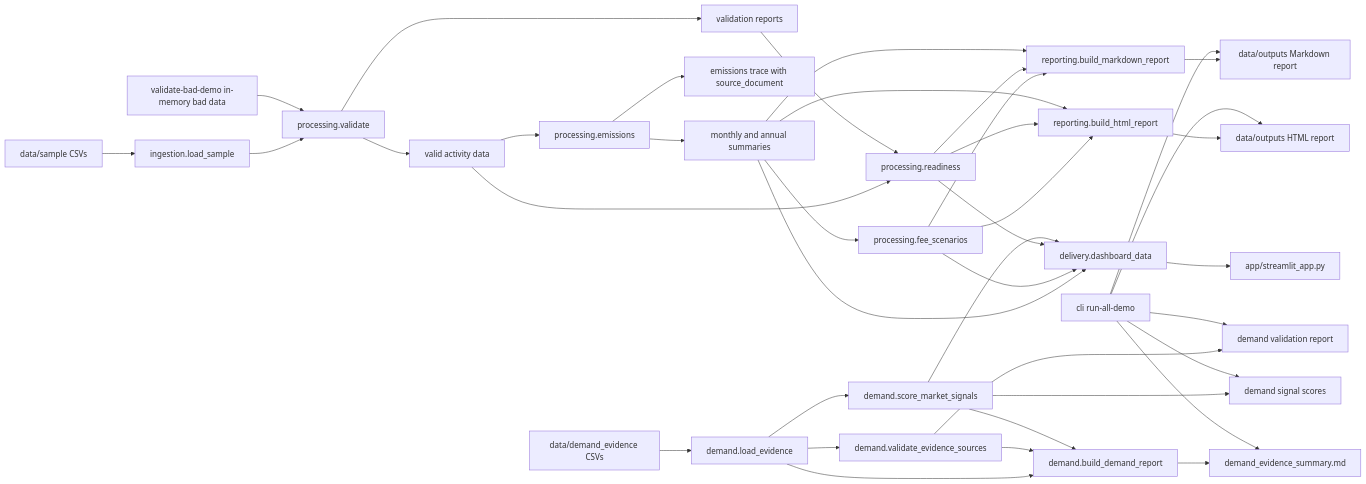
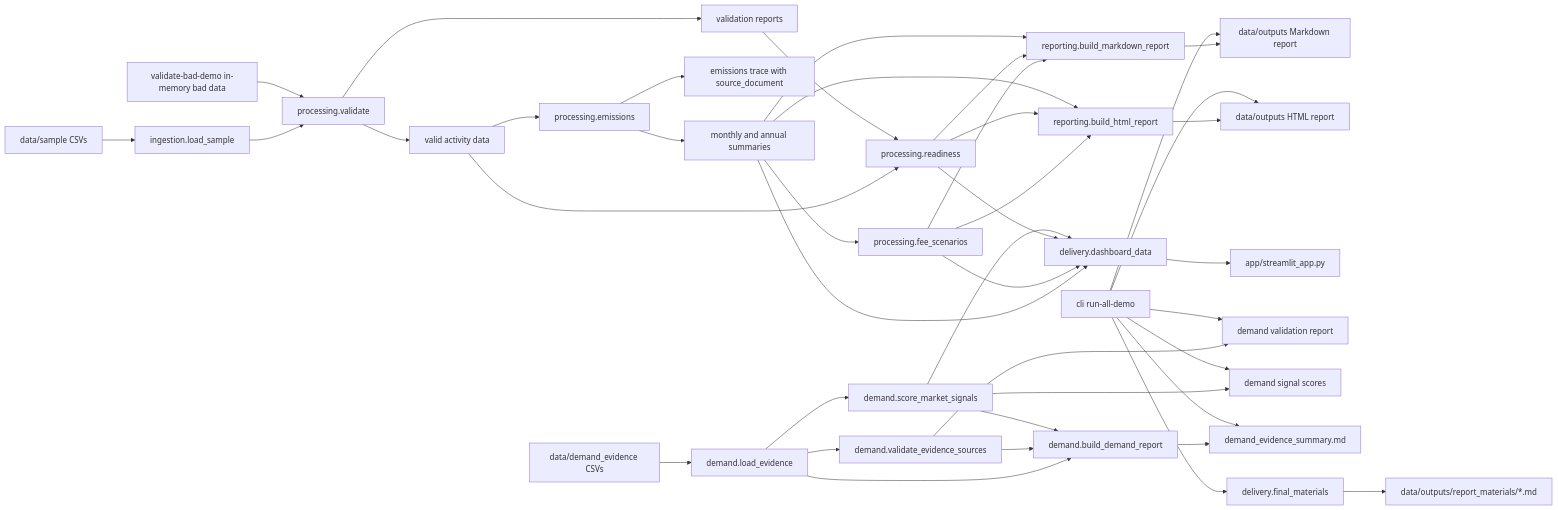
One commit to wesley-bang/Carbon-radar-sme changed the diagram in docs/architecture.md. Above: the diagram before and after it, drawn with Mermaid. The commit also changed other lines of this file and 13 other files, not shown here.

````diff
--- a/docs/architecture.md
+++ b/docs/architecture.md
@@ -32,41 +32,43 @@
 ```mermaid
 flowchart LR
     A["data/sample CSVs"] --> B["ingestion.load_sample"]
     B --> C["processing.validate"]
     C --> D["valid activity data"]
     C --> E["validation reports"]
     D --> F["processing.emissions"]
     F --> G["emissions trace with source_document"]
     F --> H["monthly and annual summaries"]
     H --> I["processing.fee_scenarios"]
     D --> J["processing.readiness"]
     E --> J
     I --> K["reporting.build_markdown_report"]
     J --> K
     H --> K
     K --> L["data/outputs Markdown report"]
     I --> V["reporting.build_html_report"]
     J --> V
     H --> V
     V --> W["data/outputs HTML report"]
     H --> X["delivery.dashboard_data"]
     I --> X
     J --> X
     Q --> X
     X --> Y["app/streamlit_app.py"]
     M["validate-bad-demo in-memory bad data"] --> C
     N["data/demand_evidence CSVs"] --> O["demand.load_evidence"]
     O --> P["demand.validate_evidence_sources"]
     O --> Q["demand.score_market_signals"]
     P --> R["demand validation report"]
     Q --> S["demand signal scores"]
     O --> T["demand.build_demand_report"]
     P --> T
     Q --> T
     T --> U["demand_evidence_summary.md"]
     Z["cli run-all-demo"] --> L
     Z --> W
     Z --> R
     Z --> S
     Z --> U
+    Z --> AA["delivery.final_materials"]
+    AA --> AB["data/outputs/report_materials/*.md"]
 ```
````
